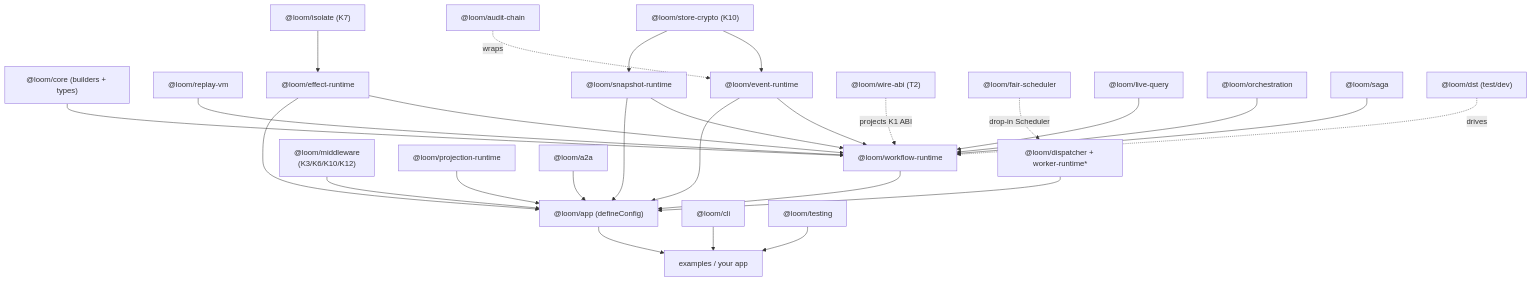
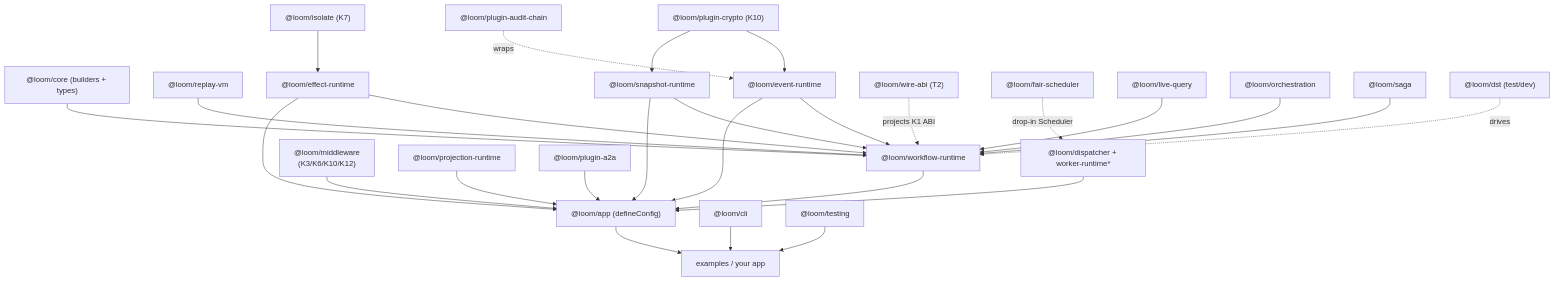
Before and after one commit to chhetrisushil/loom: diagram 12 of 12 in docs/architecture.md, drawn with Mermaid. The commit also changed other lines of this file and 26 other files, not shown here.

First line of the commit message:
docs(audit): propagate the plugin repackaging + fixes from the codebase audit

````diff
--- a/docs/architecture.md
+++ b/docs/architecture.md
@@ -406,39 +417,39 @@
 ```mermaid
 flowchart TB
   core["@loom/core (builders + types)"]
   replay["@loom/replay-vm"]
   events["@loom/event-runtime"]
   snap["@loom/snapshot-runtime"]
   effects["@loom/effect-runtime"]
   wrt["@loom/workflow-runtime"]
   app["@loom/app (defineConfig)"]
 
   core --> wrt
   replay --> wrt
   events --> wrt
   snap --> wrt
   effects --> wrt
   wrt --> app
   events --> app
   snap --> app
   effects --> app
   mw["@loom/middleware<br/>(K3/K6/K10/K12)"] --> app
   proj["@loom/projection-runtime"] --> app
-  a2a["@loom/a2a"] --> app
+  a2a["@loom/plugin-a2a"] --> app
   iso["@loom/isolate (K7)"] --> effects
-  crypto["@loom/store-crypto (K10)"] --> events
+  crypto["@loom/plugin-crypto (K10)"] --> events
   crypto --> snap
   wire["@loom/wire-abi (T2)"] -. "projects K1 ABI" .-> wrt
 
   app --> examples["examples / your app"]
   cli["@loom/cli"] --> examples
   testing["@loom/testing"] --> examples
   disp["@loom/dispatcher + worker-runtime*"] --> app
 
-  audit["@loom/audit-chain"] -. wraps .-> events
+  audit["@loom/plugin-audit-chain"] -. wraps .-> events
   fair["@loom/fair-scheduler"] -. "drop-in Scheduler" .-> disp
   lq["@loom/live-query"] --> wrt
   orch["@loom/orchestration"] --> wrt
   saga["@loom/saga"] --> wrt
   dst["@loom/dst (test/dev)"] -. drives .-> wrt
 ```
````
